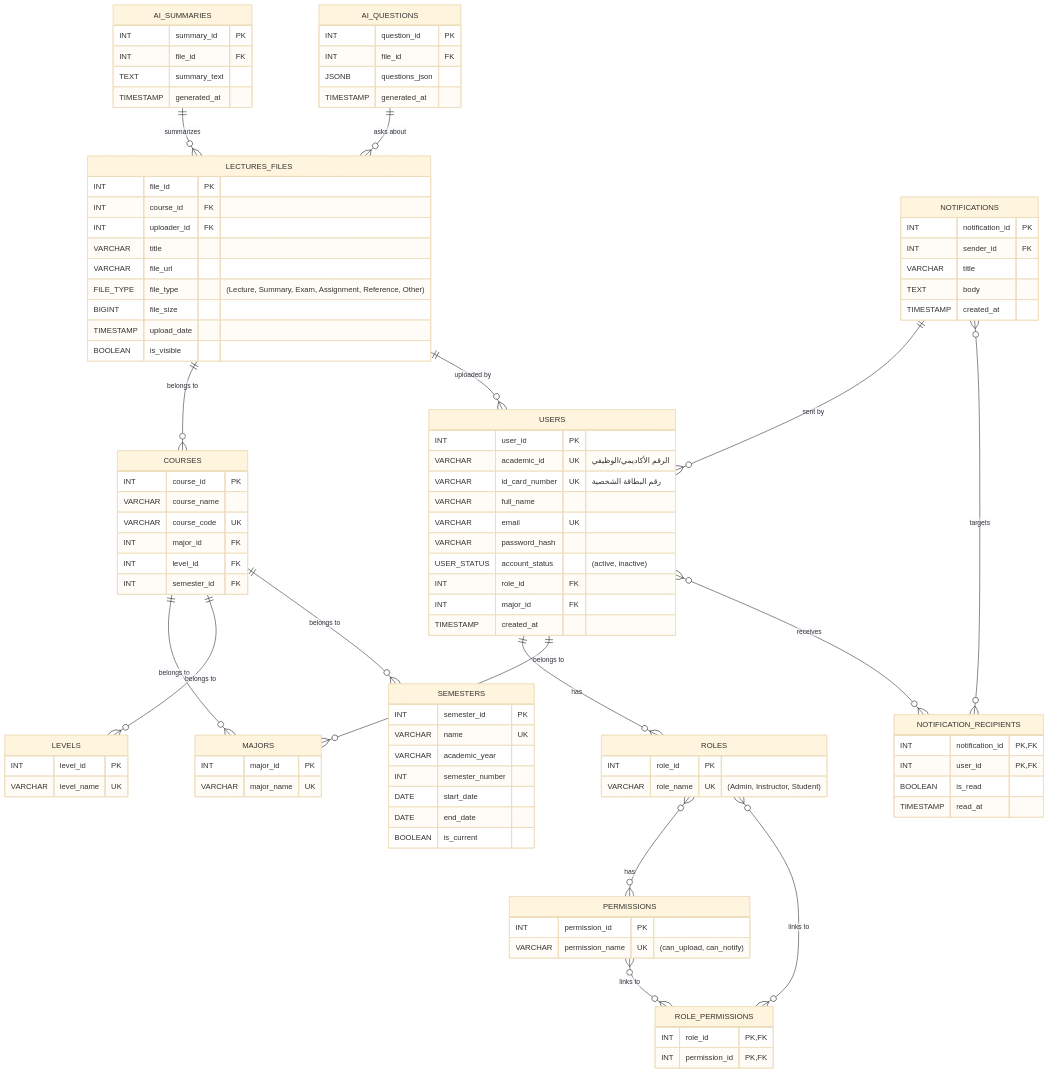
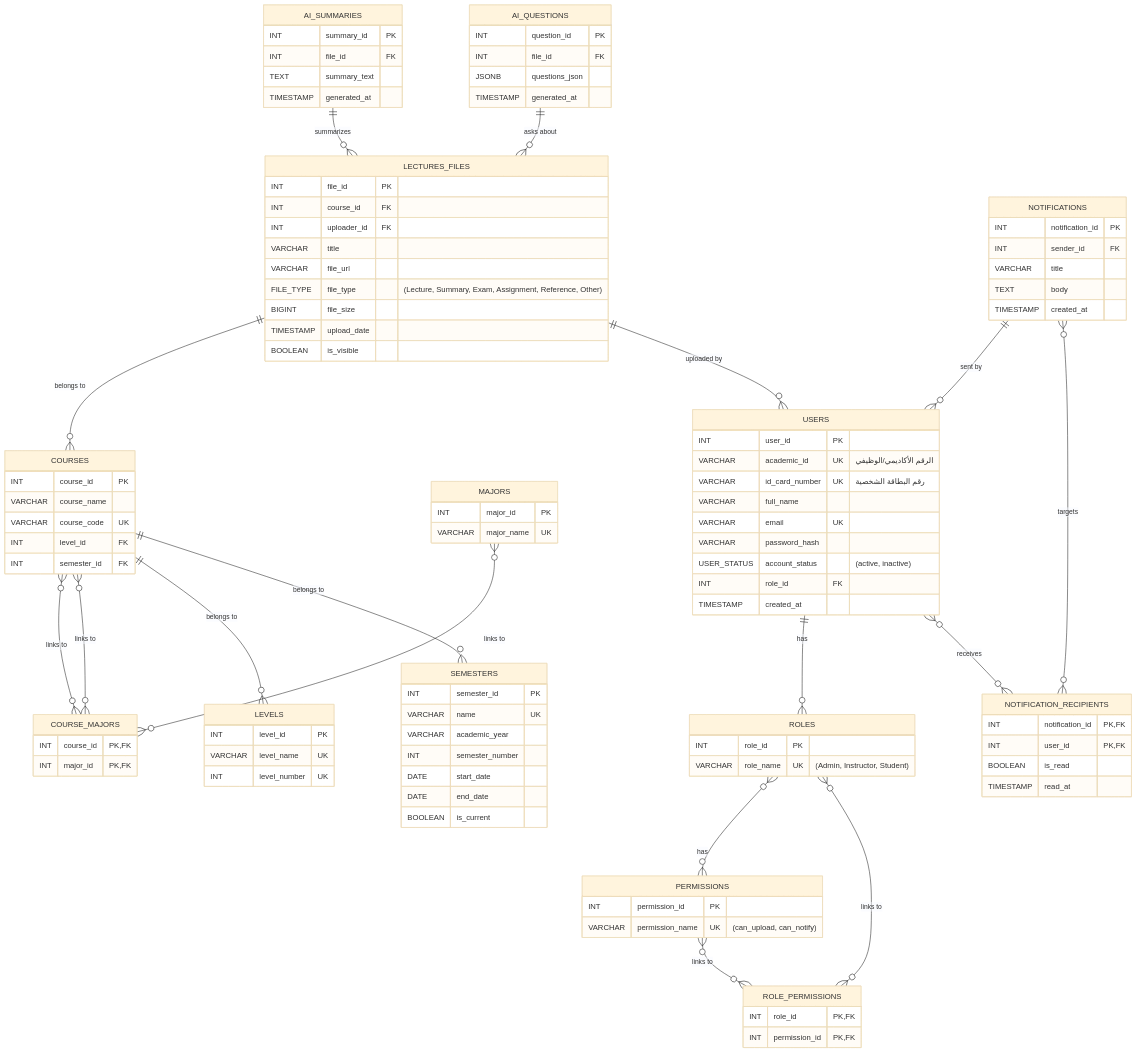
The diagram in Architecture/DATABASE.md (MoainAlabbasi/Documentation), drawn with Mermaid (base theme) before and after one commit. The commit also changed other lines of this file and 5 other files, not shown here.

First line of the commit message:
docs: Finalize system architecture and overview

```diff
--- a/Architecture/DATABASE.md
+++ b/Architecture/DATABASE.md
@@ -19,7 +19,7 @@
             VARCHAR password_hash
             USER_STATUS account_status "(active, inactive)"
         INT role_id FK
-        INT major_id FK
+
         TIMESTAMP created_at
     }
 
@@ -45,14 +45,15 @@
 
     LEVELS {
         INT level_id PK
-        VARCHAR level_name UK
+                VARCHAR level_name UK
+        INT level_number UK
     }
 
     COURSES {
         INT course_id PK
         VARCHAR course_name
         VARCHAR course_code UK
-        INT major_id FK
+
                 INT level_id FK
         INT semester_id FK
     }
@@ -99,11 +100,16 @@
     }
 
     USERS ||--o{ ROLES : "has"
-    USERS ||--o{ MAJORS : "belongs to"
-    ROLES }o--o{ PERMISSIONS : "has"
+   COURSES }o--o{ COURSE_MAJORS : "links to"    ROLES }o--o{ PERMISSIONS : "has"
     PERMISSIONS }o--o{ ROLE_PERMISSIONS : "links to"
     ROLES }o--o{ ROLE_PERMISSIONS : "links to"
-    COURSES ||--o{ MAJORS : "belongs to"
+        COURSES }o--o{ COURSE_MAJORS : "links to"
+    MAJORS }o--o{ COURSE_MAJORS : "links to"
+
+    COURSE_MAJORS {
+        INT course_id PK, FK
+        INT major_id PK, FK
+    }
         COURSES ||--o{ LEVELS : "belongs to"
     COURSES ||--o{ SEMESTERS : "belongs to"
 
```
